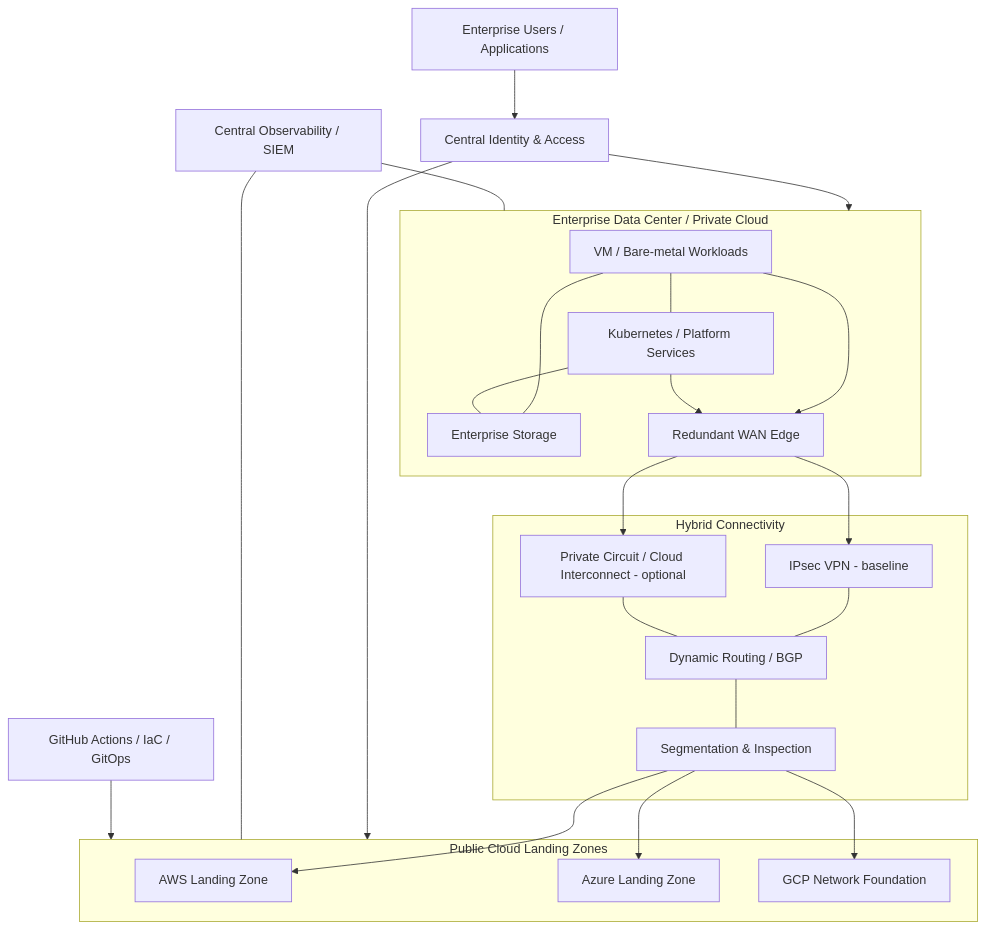
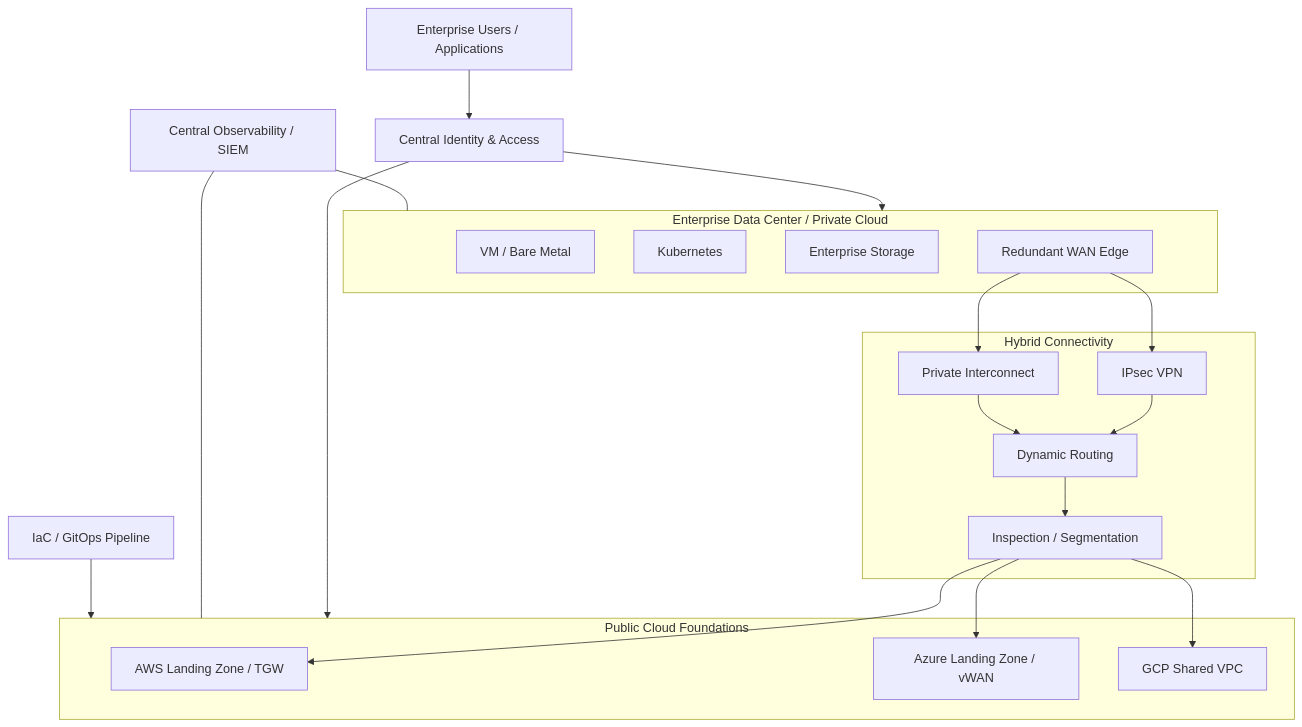
Before and after one commit to DeeSanas/hybrid-cloud-reference-architecture: the diagram in README.md, drawn with Mermaid. The commit also changed other lines of this file, not shown here.

Commit message:
Add advanced HA and cloud transit projects to portfolio hub

````diff
--- a/README.md
+++ b/README.md
@@ -25,43 +24,39 @@
 ```mermaid
 flowchart TB
-    U[Enterprise Users / Applications] --> ID[Central Identity & Access]
-    ID --> ONPREM
-    ID --> CLOUD
+  U[Enterprise Users / Applications] --> ID[Central Identity & Access]
 
-    subgraph ONPREM[Enterprise Data Center / Private Cloud]
-      APP1[VM / Bare-metal Workloads]
-      K8S1[Kubernetes / Platform Services]
-      STG[Enterprise Storage]
-      EDGE1[Redundant WAN Edge]
-      APP1 --- K8S1
-      APP1 --- STG
-      K8S1 --- STG
-      APP1 --> EDGE1
-      K8S1 --> EDGE1
-    end
+  subgraph ONPREM[Enterprise Data Center / Private Cloud]
+    APP[VM / Bare Metal]
+    K8S[Kubernetes]
+    STG[Enterprise Storage]
+    EDGE[Redundant WAN Edge]
+  end
 
-    subgraph TRANSIT[Hybrid Connectivity]
-      VPN[IPsec VPN - baseline]
-      DX[Private Circuit / Cloud Interconnect - optional]
-      BGP[Dynamic Routing / BGP]
-      FW[Segmentation & Inspection]
-      VPN --- BGP
-      DX --- BGP
-      BGP --- FW
-    end
+  subgraph TRANSIT[Hybrid Connectivity]
+    VPN[IPsec VPN]
+    PRIV[Private Interconnect]
+    BGP[Dynamic Routing]
+    SEC[Inspection / Segmentation]
+  end
 
-    subgraph CLOUD[Public Cloud Landing Zones]
-      AWS[AWS Landing Zone]
-      AZ[Azure Landing Zone]
-      GCP[GCP Network Foundation]
-    end
+  subgraph CLOUD[Public Cloud Foundations]
+    AWS[AWS Landing Zone / TGW]
+    AZ[Azure Landing Zone / vWAN]
+    GCP[GCP Shared VPC]
+  end
 
-    EDGE1 --> VPN
-    EDGE1 --> DX
-    FW --> AWS
-    FW --> AZ
-    FW --> GCP
-    OBS[Central Observability / SIEM] --- ONPREM
-    OBS --- CLOUD
-    CICD[GitHub Actions / IaC / GitOps] --> CLOUD
+  ID --> ONPREM
+  ID --> CLOUD
+  EDGE --> VPN
+  EDGE --> PRIV
+  VPN --> BGP
+  PRIV --> BGP
+  BGP --> SEC
+  SEC --> AWS
+  SEC --> AZ
+  SEC --> GCP
+
+  OBS[Central Observability / SIEM] --- ONPREM
+  OBS --- CLOUD
+  CICD[IaC / GitOps Pipeline] --> CLOUD
 ```
````
